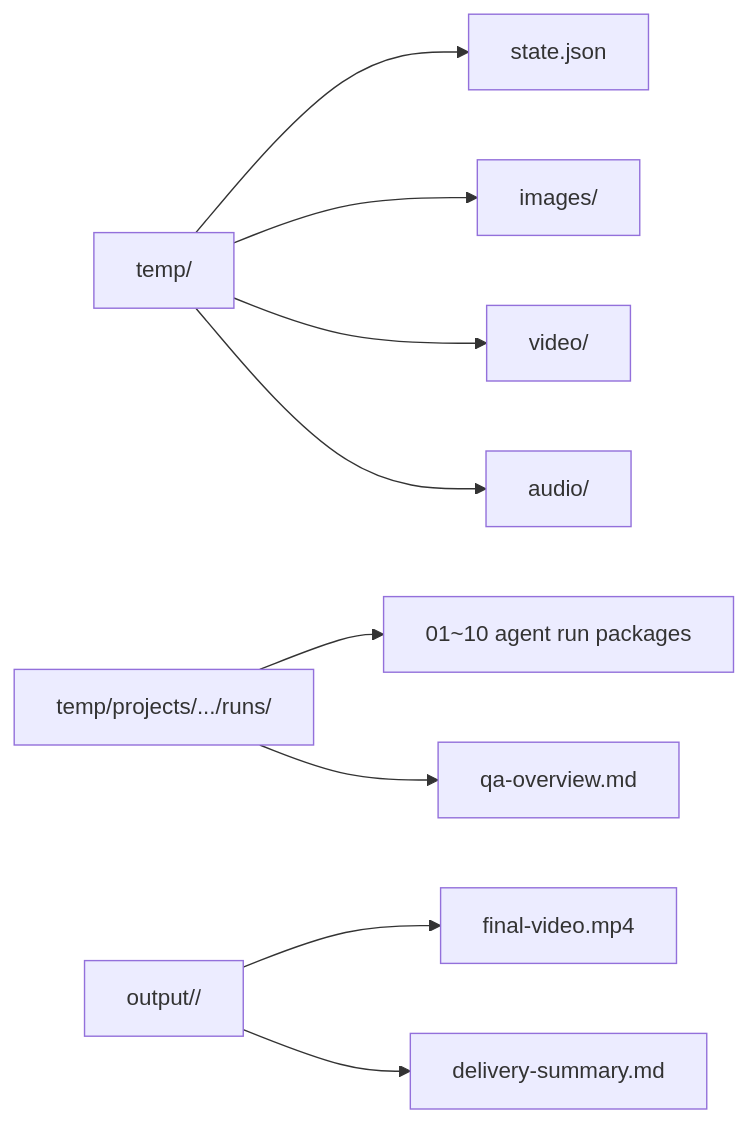
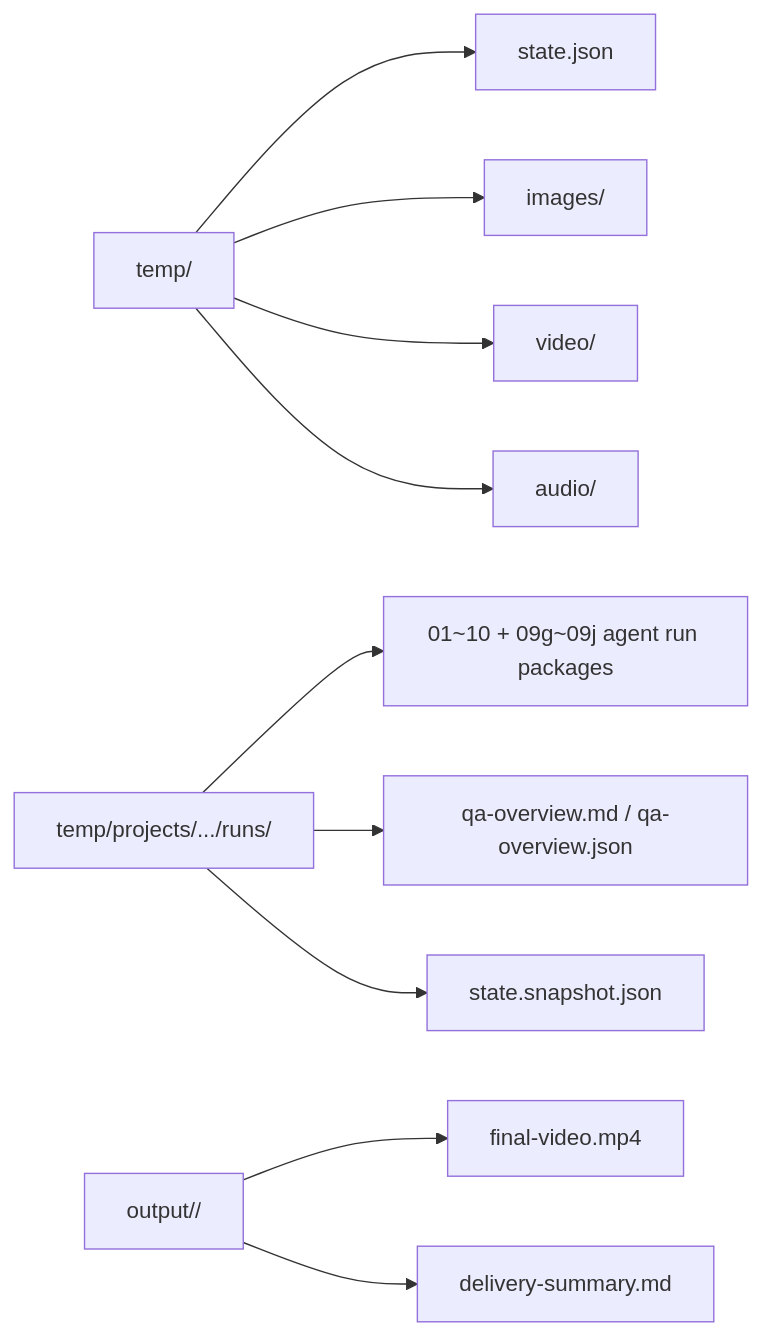
Before and after one commit to OliverPanda/AI-video-factory-pro: the second of 2 diagrams in docs/runtime/README.md, drawn with Mermaid. The commit also changed other lines of this file and 37 other files, not shown here.

````diff
--- a/docs/runtime/README.md
+++ b/docs/runtime/README.md
@@ -34,11 +63,12 @@
 ```mermaid
 flowchart LR
     A[temp/<jobId>] --> B[state.json]
     A --> C[images/]
     A --> D[video/]
     A --> E[audio/]
-    F[temp/projects/.../runs/<runId>] --> G[01~10 agent run packages]
-    F --> H[qa-overview.md]
-    I[output/<project>/<episode>] --> J[final-video.mp4]
-    I --> K[delivery-summary.md]
+    F[temp/projects/.../runs/<runId>] --> G[01~10 + 09g~09j agent run packages]
+    F --> H[qa-overview.md / qa-overview.json]
+    F --> I[state.snapshot.json]
+    J[output/<project>/<episode>] --> K[final-video.mp4]
+    J --> L[delivery-summary.md]
 ```
````
